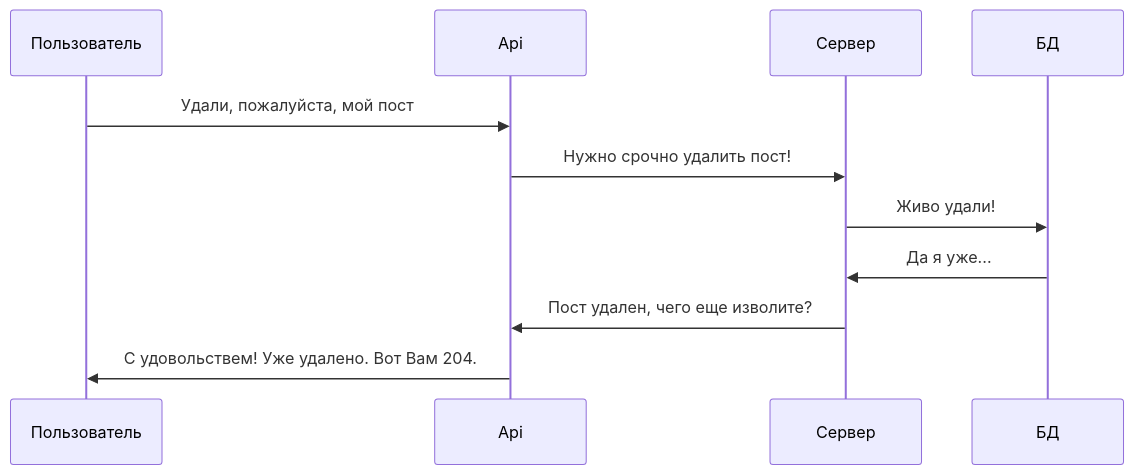
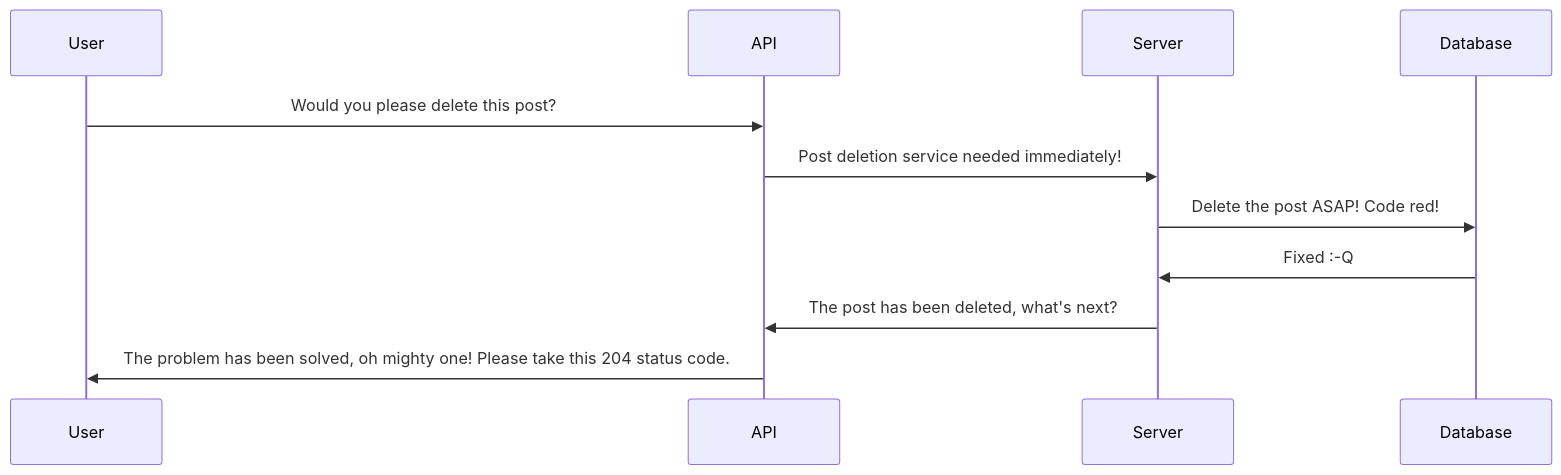
One commit to holohup/yatube_api_en changed the diagram in README.md. Above: the diagram before and after it, drawn with Mermaid. The commit also changed other lines of this file, not shown here.

````diff
--- a/README.md
+++ b/README.md
@@ -19,10 +22,10 @@
 ```mermaid
 
 sequenceDiagram
-Пользователь ->> Api: Удали, пожалуйста, мой пост
-Api ->> Сервер: Нужно срочно удалить пост!
-Сервер ->> БД: Живо удали!
-БД ->> Сервер: Да я уже...
-Сервер ->> Api: Пост удален, чего еще изволите?
-Api ->> Пользователь: С удовольствем! Уже удалено. Вот Вам 204.
+User ->> API: Would you please delete this post?
+API ->> Server: Post deletion service needed immediately!
+Server ->> Database: Delete the post ASAP! Code red!
+Database ->> Server: Fixed :-Q
+Server ->> API: The post has been deleted, what's next?
+API ->> User: The problem has been solved, oh mighty one! Please take this 204 status code.
 ```
````
